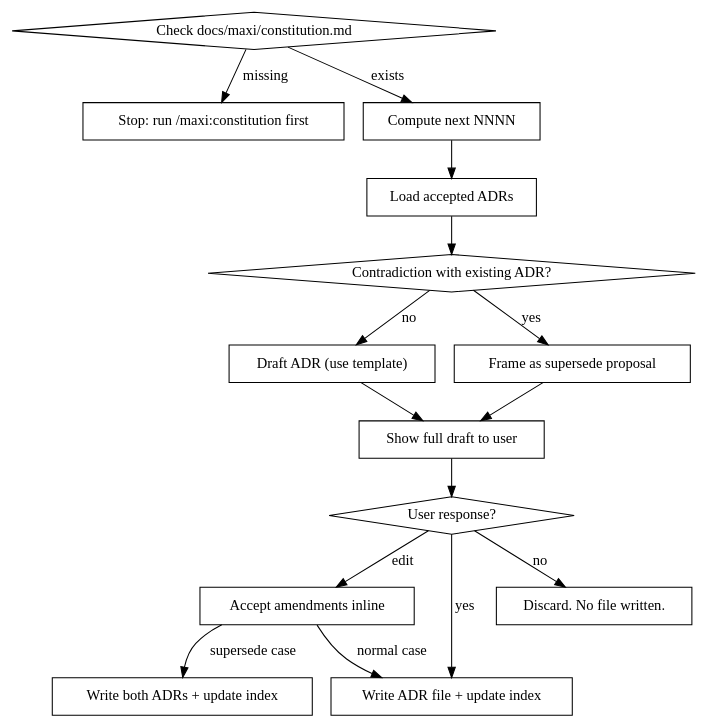
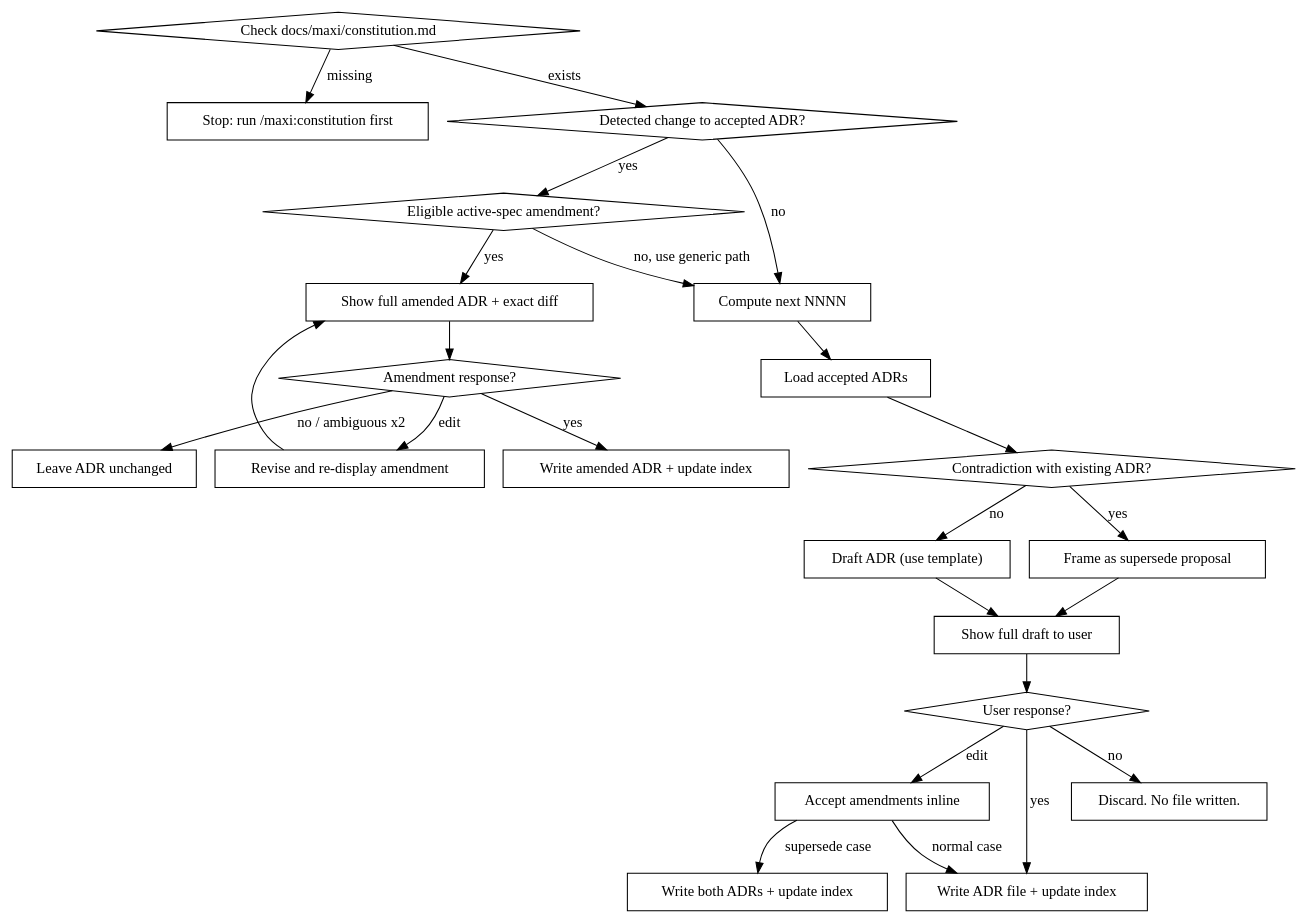
Before and after one commit to amoutiers/maxi-superpowers: the diagram in skills/x-adr/SKILL.md, drawn with Graphviz. The commit also changed other lines of this file and 1 other file, not shown here.

Commit message:
fix(adr): route active amendments before supersession

````diff
--- a/skills/x-adr/SKILL.md
+++ b/skills/x-adr/SKILL.md
@@ -42,32 +42,48 @@
 ```dot
 digraph adr_process {
     "Check docs/maxi/constitution.md" [shape=diamond];
     "Stop: run /maxi:constitution first" [shape=box];
+    "Detected change to accepted ADR?" [shape=diamond];
+    "Eligible active-spec amendment?" [shape=diamond];
+    "Show full amended ADR + exact diff" [shape=box];
+    "Amendment response?" [shape=diamond];
+    "Revise and re-display amendment" [shape=box];
+    "Write amended ADR + update index" [shape=box];
+    "Leave ADR unchanged" [shape=box];
     "Compute next NNNN" [shape=box];
     "Load accepted ADRs" [shape=box];
     "Contradiction with existing ADR?" [shape=diamond];
     "Draft ADR (use template)" [shape=box];
     "Frame as supersede proposal" [shape=box];
     "Show full draft to user" [shape=box];
     "User response?" [shape=diamond];
     "Accept amendments inline" [shape=box];
     "Write ADR file + update index" [shape=box];
     "Write both ADRs + update index" [shape=box];
     "Discard. No file written." [shape=box];
 
     "Check docs/maxi/constitution.md" -> "Stop: run /maxi:constitution first" [label="missing"];
-    "Check docs/maxi/constitution.md" -> "Compute next NNNN" [label="exists"];
+    "Check docs/maxi/constitution.md" -> "Detected change to accepted ADR?" [label="exists"];
+    "Detected change to accepted ADR?" -> "Eligible active-spec amendment?" [label="yes"];
+    "Detected change to accepted ADR?" -> "Compute next NNNN" [label="no"];
+    "Eligible active-spec amendment?" -> "Show full amended ADR + exact diff" [label="yes"];
+    "Eligible active-spec amendment?" -> "Compute next NNNN" [label="no, use generic path"];
+    "Show full amended ADR + exact diff" -> "Amendment response?";
+    "Amendment response?" -> "Write amended ADR + update index" [label="yes"];
+    "Amendment response?" -> "Revise and re-display amendment" [label="edit"];
+    "Revise and re-display amendment" -> "Show full amended ADR + exact diff";
+    "Amendment response?" -> "Leave ADR unchanged" [label="no / ambiguous x2"];
     "Compute next NNNN" -> "Load accepted ADRs";
     "Load accepted ADRs" -> "Contradiction with existing ADR?" ;
     "Contradiction with existing ADR?" -> "Frame as supersede proposal" [label="yes"];
     "Contradiction with existing ADR?" -> "Draft ADR (use template)" [label="no"];
     "Frame as supersede proposal" -> "Show full draft to user";
     "Draft ADR (use template)" -> "Show full draft to user";
     "Show full draft to user" -> "User response?";
     "User response?" -> "Write ADR file + update index" [label="yes"];
     "User response?" -> "Accept amendments inline" [label="edit"];
     "User response?" -> "Discard. No file written." [label="no"];
     "Accept amendments inline" -> "Write both ADRs + update index" [label="supersede case"];
     "Accept amendments inline" -> "Write ADR file + update index" [label="normal case"];
 }
 ```
````
